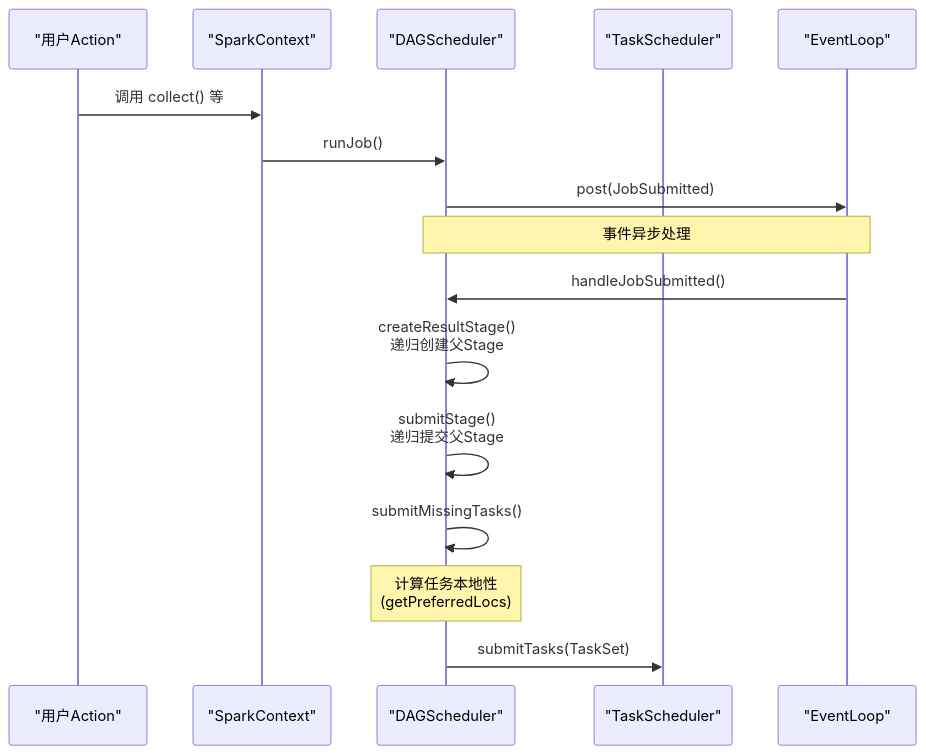
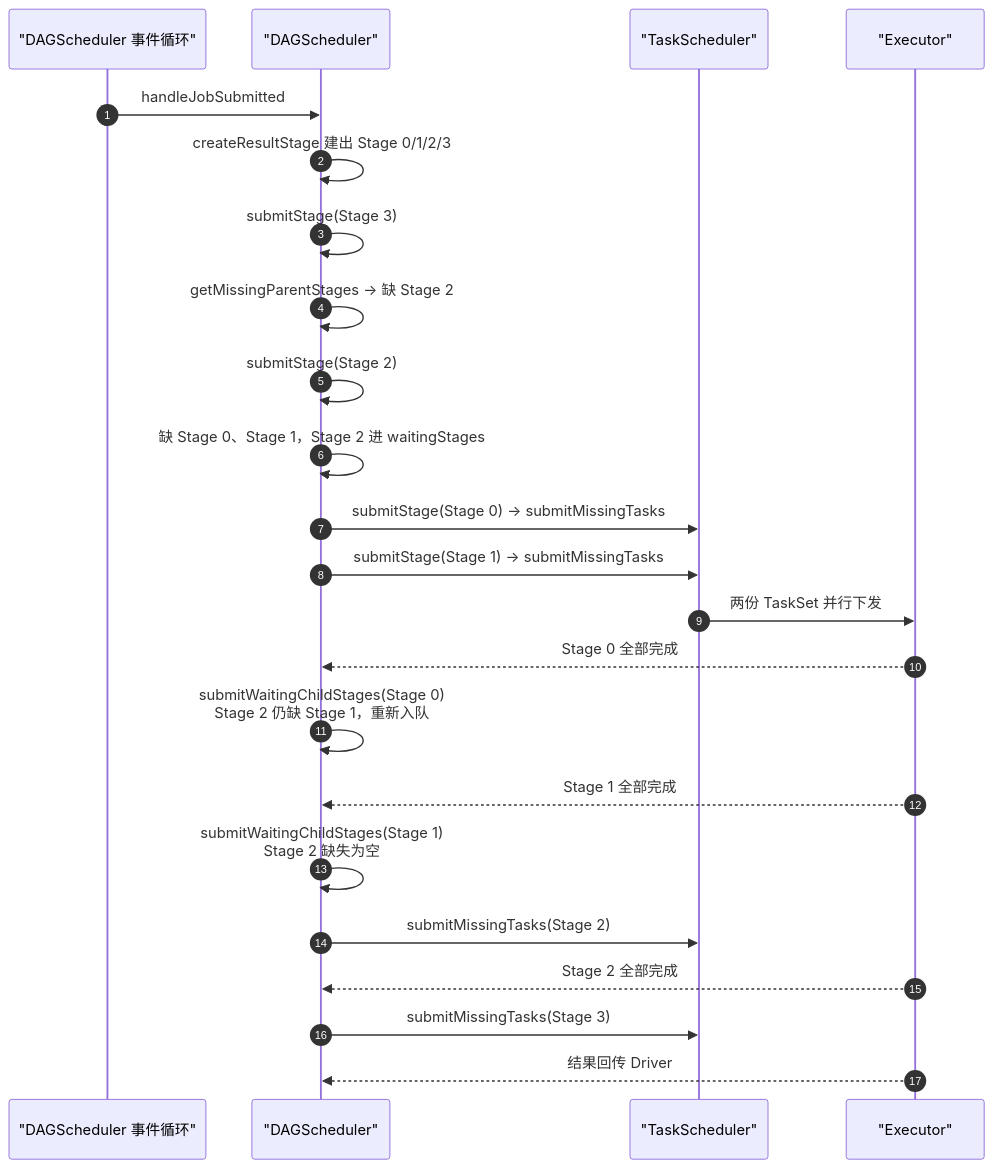
The fourth of 5 diagrams in content/大数据/Spark/读书笔记-spark内核/03_调度与执行机制/5. Spark_DAGScheduler_Stage划分.md (hpliStartAgain/my-brain), drawn with Mermaid before and after one commit. The commit also changed other lines of this file and 259 other files, not shown here.

````diff
--- a/content/大数据/Spark/读书笔记-spark内核/03_调度与执行机制/5. Spark_DAGScheduler_Stage划分.md
+++ b/content/大数据/Spark/读书笔记-spark内核/03_调度与执行机制/5. Spark_DAGScheduler_Stage划分.md
@@ -230,19 +489,26 @@
 ```mermaid
+%%{init: {'theme': 'dracula'}}%%
 sequenceDiagram
-    participant U as "用户Action"
-    participant SC as "SparkContext"
+    autonumber
+    participant EL as "DAGScheduler 事件循环"
     participant DS as "DAGScheduler"
     participant TS as "TaskScheduler"
-    participant EL as "EventLoop"
-
-    U->>SC: 调用 collect() 等
-    SC->>DS: runJob()
-    DS->>EL: post(JobSubmitted)
-    Note over DS,EL: 事件异步处理
-    EL->>DS: handleJobSubmitted()
-    DS->>DS: createResultStage()<br/>递归创建父Stage
-    DS->>DS: submitStage()<br/>递归提交父Stage
-    DS->>DS: submitMissingTasks()
-    Note over DS: 计算任务本地性<br/>(getPreferredLocs)
-    DS->>TS: submitTasks(TaskSet)
+    participant EX as "Executor"
+    EL->>DS: handleJobSubmitted
+    DS->>DS: createResultStage 建出 Stage 0/1/2/3
+    DS->>DS: submitStage(Stage 3)
+    DS->>DS: getMissingParentStages → 缺 Stage 2
+    DS->>DS: submitStage(Stage 2)
+    DS->>DS: 缺 Stage 0、Stage 1，Stage 2 进 waitingStages
+    DS->>TS: submitStage(Stage 0) → submitMissingTasks
+    DS->>TS: submitStage(Stage 1) → submitMissingTasks
+    TS->>EX: 两份 TaskSet 并行下发
+    EX-->>DS: Stage 0 全部完成
+    DS->>DS: submitWaitingChildStages(Stage 0)<br/>Stage 2 仍缺 Stage 1，重新入队
+    EX-->>DS: Stage 1 全部完成
+    DS->>DS: submitWaitingChildStages(Stage 1)<br/>Stage 2 缺失为空
+    DS->>TS: submitMissingTasks(Stage 2)
+    EX-->>DS: Stage 2 全部完成
+    DS->>TS: submitMissingTasks(Stage 3)
+    EX-->>DS: 结果回传 Driver
 ```
````
